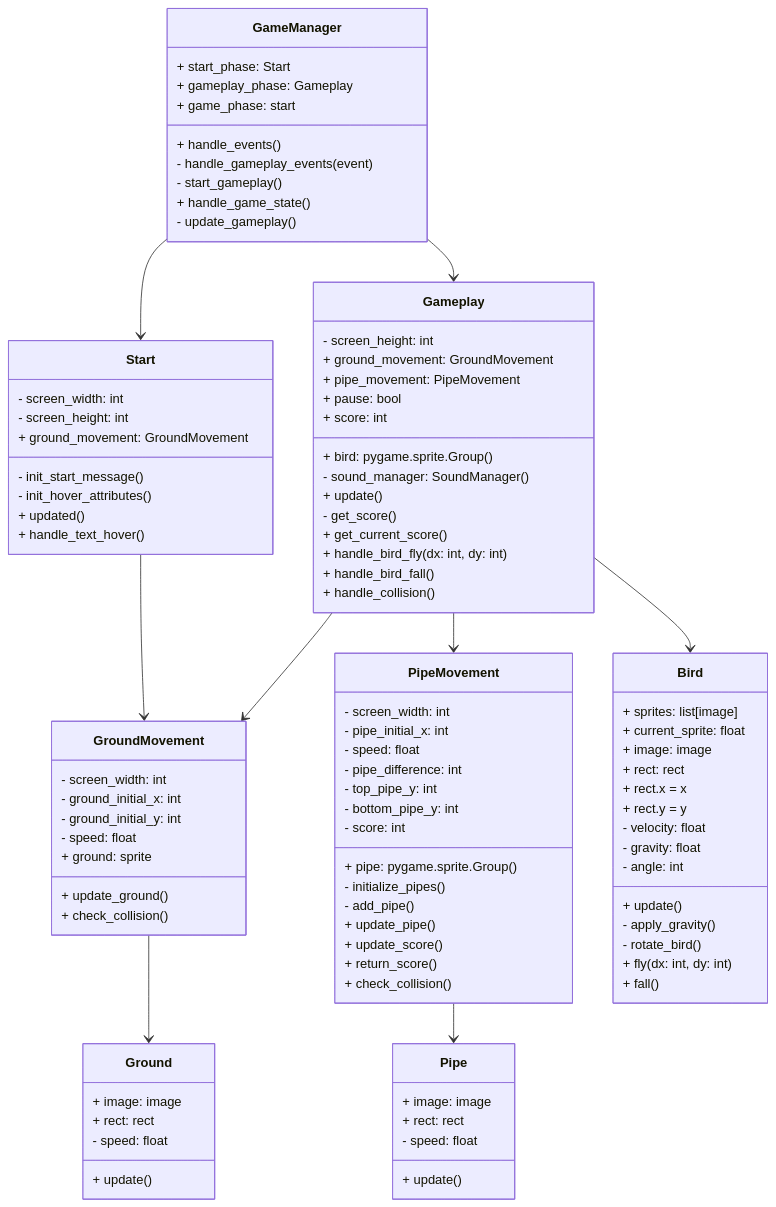
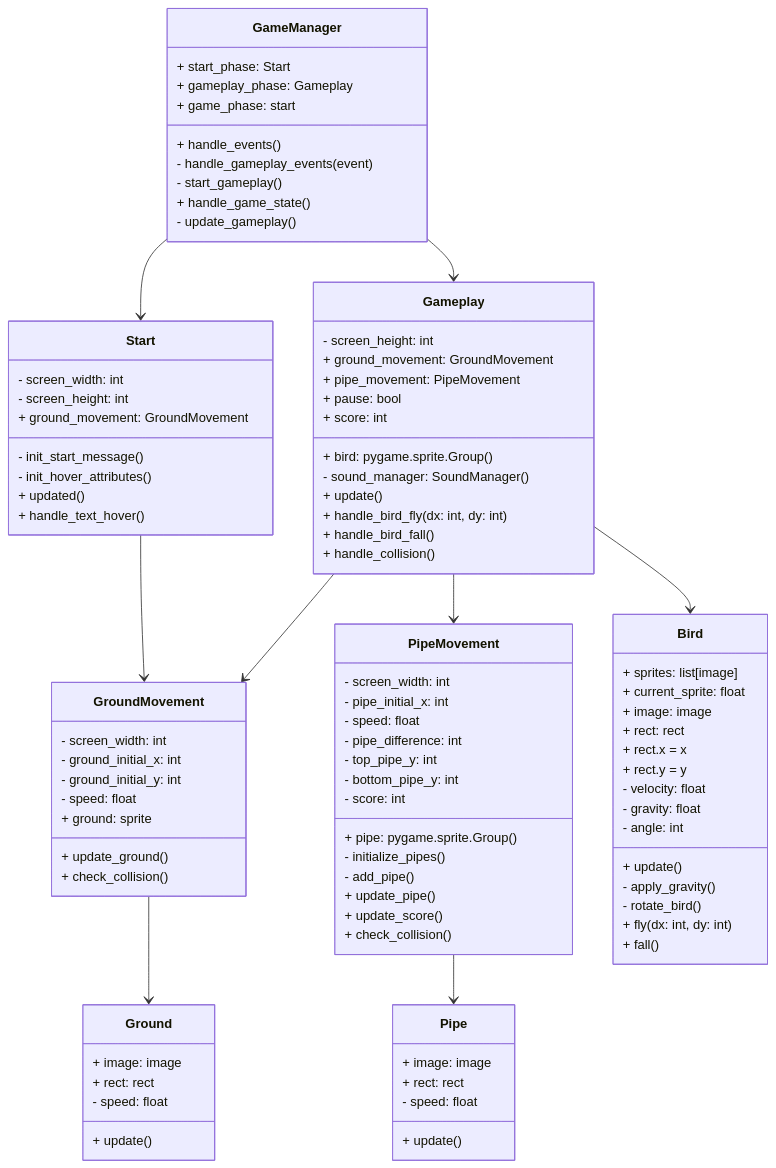
Before and after one commit to LerkkaP/flappy-bird: the first of 2 diagrams in dokumentaatio/arkkitehtuuri.md, drawn with Mermaid. The commit also changed other lines of this file and 5 other files, not shown here.

Commit message:
refactor and update score sequence diagram

```diff
--- a/dokumentaatio/arkkitehtuuri.md
+++ b/dokumentaatio/arkkitehtuuri.md
@@ -45,8 +45,6 @@
         + pause: bool
         + score: int
         + update()
-        - get_score()
-        + get_current_score()
         + handle_bird_fly(dx: int, dy: int)
         + handle_bird_fall()
         + handle_collision()
@@ -75,7 +73,6 @@
         - add_pipe()
         + update_pipe()
         + update_score()
-        + return_score()
         + check_collision()
     }
 
```
